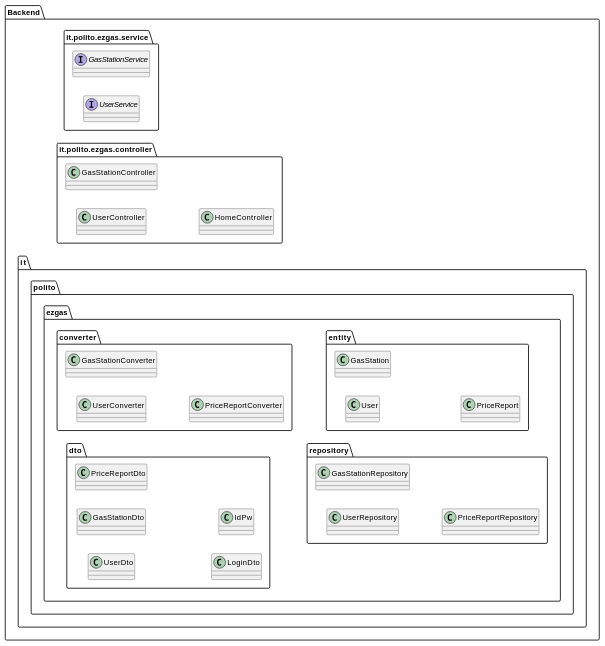
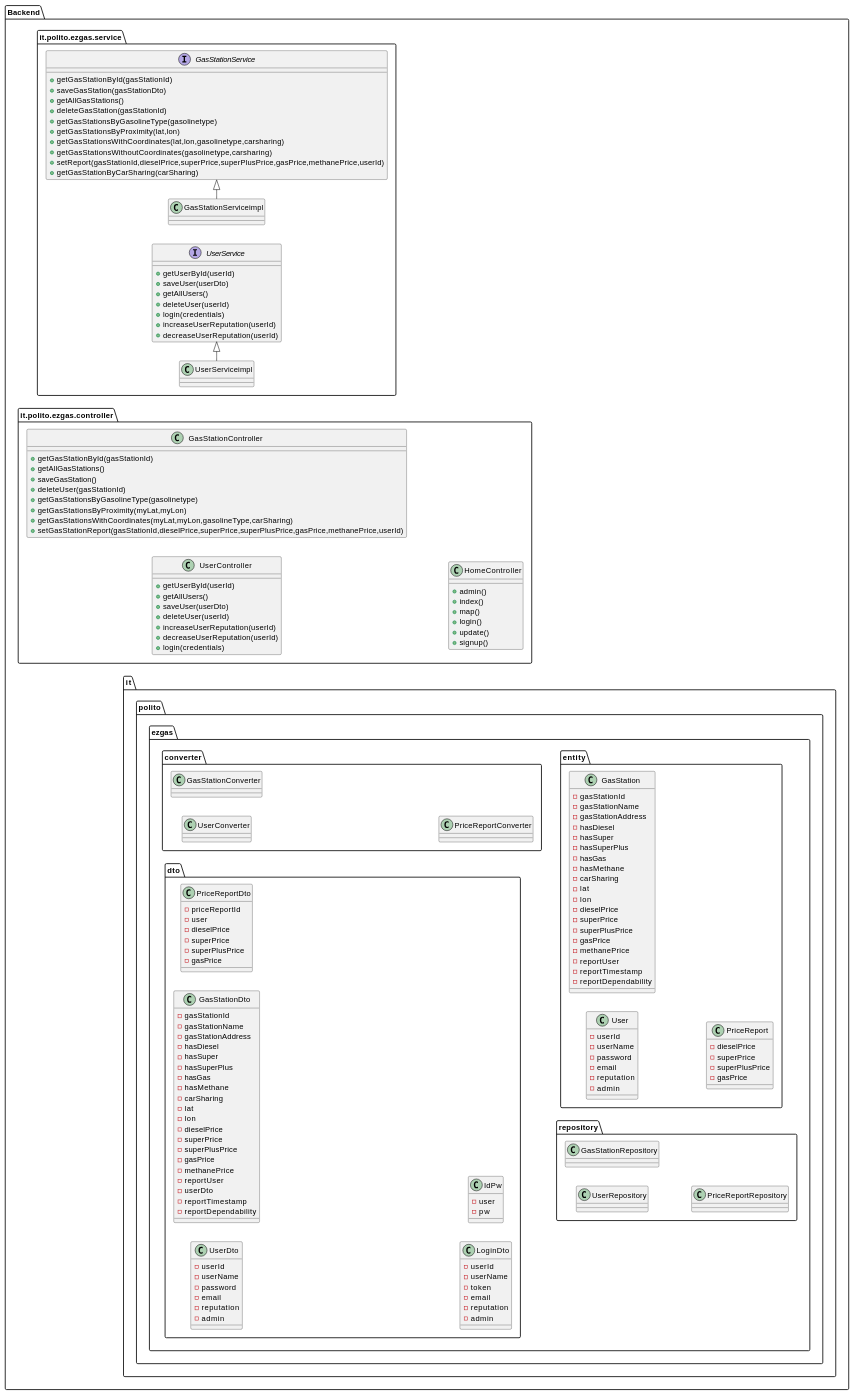
The fourth of 15 diagrams in docs/DesignDocument.md (mosTavassoli/ezgas), drawn with PlantUML before and after one commit. The commit also changed other lines of this file, not shown here.

Commit message:
docs(DesignDocument): fix traceability matrix, improve sequence diagrams and fill class diagram classes with methods and attributes

```diff
--- a/docs/DesignDocument.md
+++ b/docs/DesignDocument.md
@@ -229,15 +229,63 @@
 left to right direction
 package "Backend" {
 package "it.polito.ezgas.service"  as ps {
-   interface "GasStationService"
-   interface "UserService"
+   interface "GasStationService"{
+      +getGasStationById(gasStationId)
+      +saveGasStation(gasStationDto)
+      +getAllGasStations()
+      +deleteGasStation(gasStationId)
+      +getGasStationsByGasolineType(gasolinetype)
+      +getGasStationsByProximity(lat,lon)
+      +getGasStationsWithCoordinates(lat,lon,gasolinetype,carsharing)
+      +getGasStationsWithoutCoordinates(gasolinetype,carsharing) 
+      +setReport(gasStationId,dieselPrice,superPrice,superPlusPrice,gasPrice,methanePrice,userId)
+      +getGasStationByCarSharing(carSharing)
+   }
+   interface "UserService"{
+      +getUserById(userId)
+      +saveUser(userDto)
+      +getAllUsers()
+      +deleteUser(userId)
+      +login(credentials)
+      +increaseUserReputation(userId)
+      +decreaseUserReputation(userId)
+   }
+   class "GasStationServiceimpl"
+   class "UserServiceimpl"
+   "GasStationServiceimpl" -|> "GasStationService"
+   "UserServiceimpl" -|> "UserService"
+
 }
 
 
 package "it.polito.ezgas.controller" as pc{
-   class "UserController"
-   class "GasStationController"
-   class "HomeController"
+   class "UserController"{
+      +getUserById(userId)
+      +getAllUsers()
+      +saveUser(userDto)
+      +deleteUser(userId)
+      +increaseUserReputation(userId)
+      +decreaseUserReputation(userId)
+      +login(credentials)
+   }
+   class "GasStationController"{
+      +getGasStationById(gasStationId)
+      +getAllGasStations()
+      +saveGasStation()
+      +deleteUser(gasStationId)
+      +getGasStationsByGasolineType(gasolinetype)
+      +getGasStationsByProximity(myLat,myLon)
+      +getGasStationsWithCoordinates(myLat,myLon,gasolineType,carSharing)
+      +setGasStationReport(gasStationId,dieselPrice,superPrice,superPlusPrice,gasPrice,methanePrice,userId)
+   }
+   class "HomeController"{
+      +admin()
+      +index()
+      +map()
+      +login()
+      +update()
+      +signup()
+   }
 }
 
 package "it.polito.ezgas.converter" {
@@ -247,17 +295,96 @@
 }
 
 package "it.polito.ezgas.dto" {
-   class "UserDto"
-   class "GasStationDto"
-   class "PriceReportDto"
-   class "LoginDto"
-   class "IdPw"
+   class "UserDto"{
+      -userId
+      -userName
+      -password
+      -email
+      -reputation
+      -admin
+   }
+   class "GasStationDto"{
+      -gasStationId
+      -gasStationName
+      -gasStationAddress
+      -hasDiesel
+      -hasSuper
+      -hasSuperPlus
+      -hasGas
+      -hasMethane
+      -carSharing
+      -lat
+      -lon
+      -dieselPrice
+      -superPrice
+      -superPlusPrice
+      -gasPrice
+      -methanePrice
+      -reportUser
+      -userDto
+      -reportTimestamp
+      -reportDependability
+   }
+   class "PriceReportDto"{
+      -priceReportId
+      -user
+      -dieselPrice
+      -superPrice
+      -superPlusPrice
+      -gasPrice
+   }
+   class "LoginDto"{
+      -userId
+      -userName
+      -token
+      -email
+      -reputation
+      -admin
+   }
+   class "IdPw"{
+      -user
+      -pw
+   }
 }
 
 package "it.polito.ezgas.entity" {
-   class "User"
-   class "GasStation"
-   class "PriceReport"
+   class "User"{
+      -userId
+      -userName
+      -password
+      -email
+      -reputation
+      -admin
+
+   }
+   class "GasStation"{
+      -gasStationId
+      -gasStationName
+      -gasStationAddress
+      -hasDiesel
+      -hasSuper
+      -hasSuperPlus
+      -hasGas
+      -hasMethane
+      -carSharing
+      -lat
+      -lon
+      -dieselPrice
+      -superPrice
+      -superPlusPrice
+      -gasPrice
+      -methanePrice
+      -reportUser
+      -reportTimestamp
+      -reportDependability
+
+   }
+   class "PriceReport"{
+      -dieselPrice
+      -superPrice
+      -superPlusPrice
+      -gasPrice
+   }
 }
 
 package "it.polito.ezgas.repository" {
```
